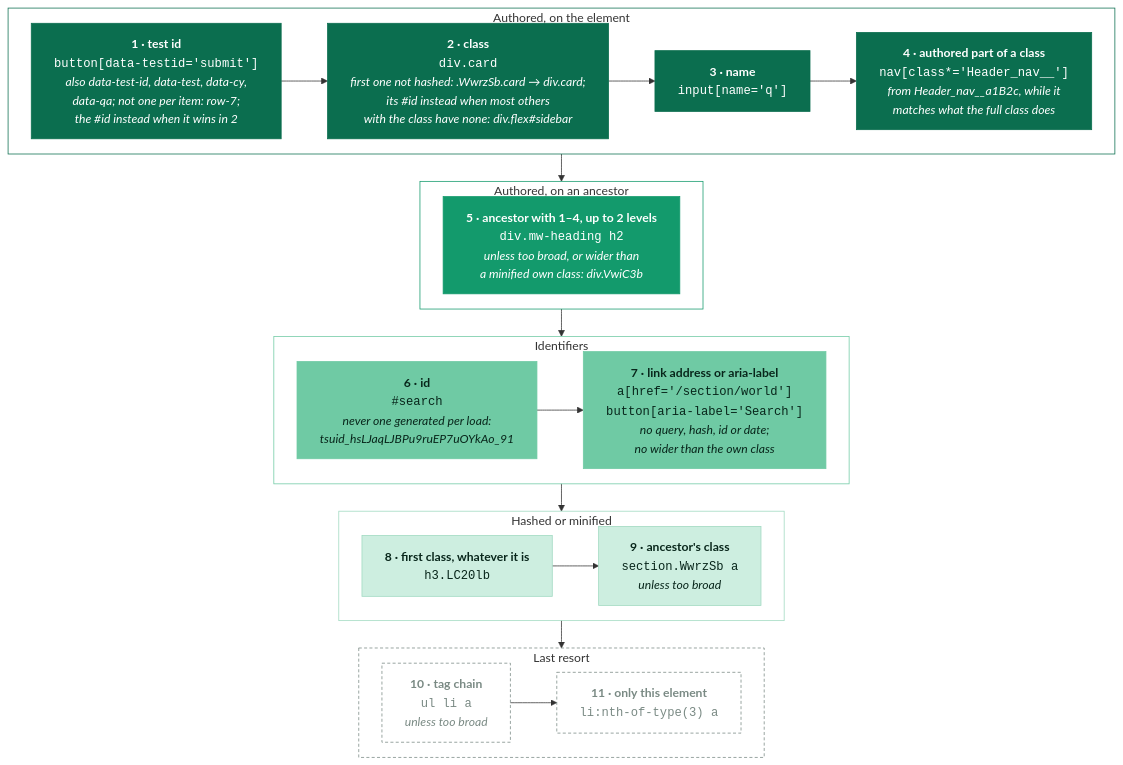
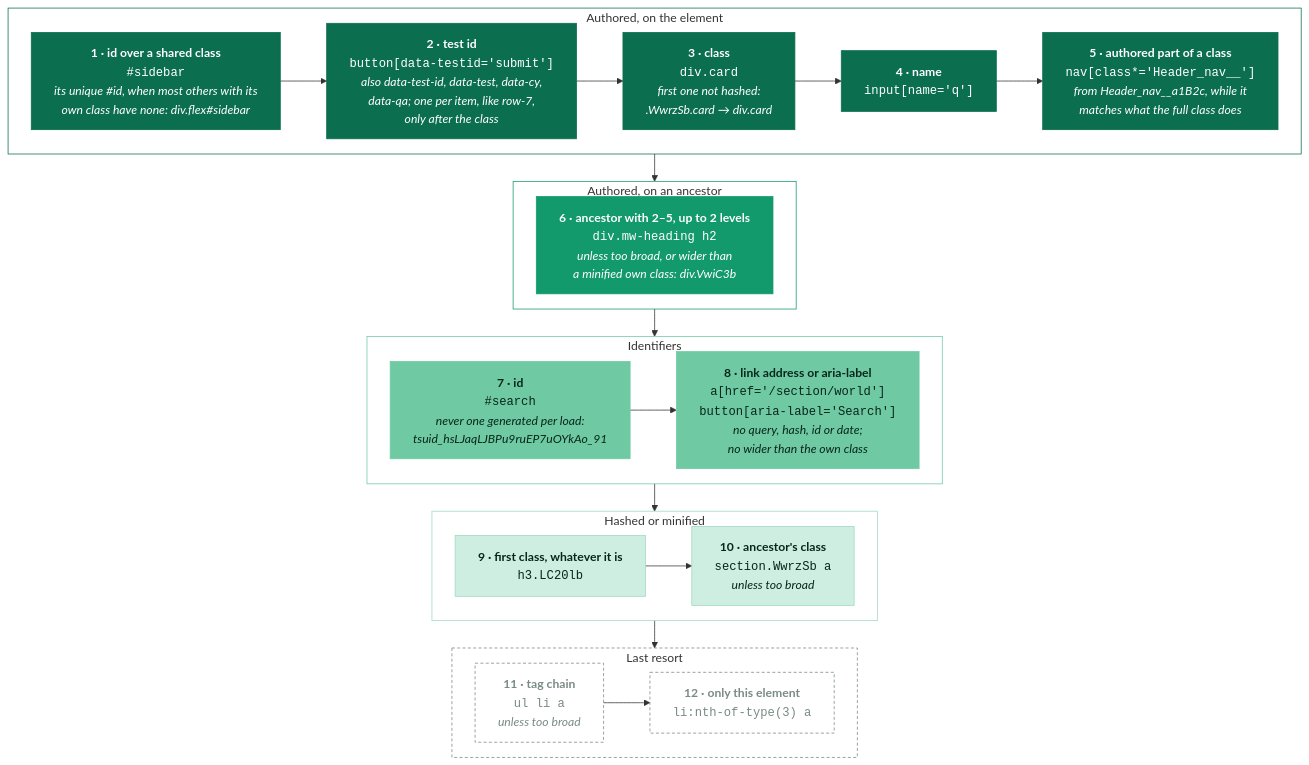
The diagram in docs/selectors.md (ankit/stylebot), drawn with Mermaid before and after one commit. The commit also changed other lines of this file, not shown here.

Commit message:
docs(selectors): place per-item test ids and list every offered selector (#1291)

````diff
--- a/docs/selectors.md
+++ b/docs/selectors.md
@@ -14,51 +14,52 @@
 ```mermaid
 %%{init: {"flowchart": {"curve": "basis", "nodeSpacing": 20, "rankSpacing": 36, "wrappingWidth": 320}, "themeCSS": "g.node code { font-family: ui-monospace, SFMono-Regular, Menlo, monospace; font-size: 12px; padding: 1px 6px; border-radius: 4px; white-space: nowrap; } g.t1 code, g.t2 code { background: rgba(255,255,255,0.16); } g.t3 code, g.t4 code { background: rgba(8,38,27,0.10); } g.t5 code { background: rgba(122,138,132,0.14); } g.node i { font-size: 11px; opacity: 0.85; }"}}%%
 flowchart TB
     subgraph authored["Authored, on the element"]
         direction LR
-        S1["<b>1 · test id</b><br/><code>button[data-testid='submit']</code><br/><i>also data-test-id, data-test, data-cy,<br/>data-qa; not one per item: row-7;<br/>the #id instead when it wins in 2</i>"]
-        S2["<b>2 · class</b><br/><code>div.card</code><br/><i>first one not hashed: .WwrzSb.card → div.card;<br/>its #id instead when most others<br/>with the class have none: div.flex#sidebar</i>"]
-        S3["<b>3 · name</b><br/><code>input[name='q']</code>"]
-        S4["<b>4 · authored part of a class</b><br/><code>nav[class*='Header_nav__']</code><br/><i>from Header_nav__a1B2c, while it<br/>matches what the full class does</i>"]
-        S1 --> S2 --> S3 --> S4
+        S0["<b>1 · id over a shared class</b><br/><code>#sidebar</code><br/><i>its unique #id, when most others with its<br/>own class have none: div.flex#sidebar</i>"]
+        S1["<b>2 · test id</b><br/><code>button[data-testid='submit']</code><br/><i>also data-test-id, data-test, data-cy,<br/>data-qa; one per item, like row-7,<br/>only after the class</i>"]
+        S2["<b>3 · class</b><br/><code>div.card</code><br/><i>first one not hashed:<br/>.WwrzSb.card → div.card</i>"]
+        S3["<b>4 · name</b><br/><code>input[name='q']</code>"]
+        S4["<b>5 · authored part of a class</b><br/><code>nav[class*='Header_nav__']</code><br/><i>from Header_nav__a1B2c, while it<br/>matches what the full class does</i>"]
+        S0 --> S1 --> S2 --> S3 --> S4
     end
     subgraph scoped["Authored, on an ancestor"]
         direction LR
-        S5["<b>5 · ancestor with 1–4, up to 2 levels</b><br/><code>div.mw-heading h2</code><br/><i>unless too broad, or wider than<br/>a minified own class: div.VwiC3b</i>"]
+        S5["<b>6 · ancestor with 2–5, up to 2 levels</b><br/><code>div.mw-heading h2</code><br/><i>unless too broad, or wider than<br/>a minified own class: div.VwiC3b</i>"]
     end
     subgraph ids["Identifiers"]
         direction LR
-        S6["<b>6 · id</b><br/><code>#search</code><br/><i>never one generated per load:<br/>tsuid_hsLJaqLJBPu9ruEP7uOYkAo_91</i>"]
-        S7["<b>7 · link address or aria-label</b><br/><code>a[href='/section/world']</code><br/><code>button[aria-label='Search']</code><br/><i>no query, hash, id or date;<br/>no wider than the own class</i>"]
+        S6["<b>7 · id</b><br/><code>#search</code><br/><i>never one generated per load:<br/>tsuid_hsLJaqLJBPu9ruEP7uOYkAo_91</i>"]
+        S7["<b>8 · link address or aria-label</b><br/><code>a[href='/section/world']</code><br/><code>button[aria-label='Search']</code><br/><i>no query, hash, id or date;<br/>no wider than the own class</i>"]
         S6 --> S7
     end
     subgraph hashed["Hashed or minified"]
         direction LR
-        S8["<b>8 · first class, whatever it is</b><br/><code>h3.LC20lb</code>"]
-        S9["<b>9 · ancestor's class</b><br/><code>section.WwrzSb a</code><br/><i>unless too broad</i>"]
+        S8["<b>9 · first class, whatever it is</b><br/><code>h3.LC20lb</code>"]
+        S9["<b>10 · ancestor's class</b><br/><code>section.WwrzSb a</code><br/><i>unless too broad</i>"]
         S8 --> S9
     end
     subgraph last["Last resort"]
         direction LR
-        S10["<b>10 · tag chain</b><br/><code>ul li a</code><br/><i>unless too broad</i>"]
-        S11["<b>11 · only this element</b><br/><code>li:nth-of-type(3) a</code>"]
+        S10["<b>11 · tag chain</b><br/><code>ul li a</code><br/><i>unless too broad</i>"]
+        S11["<b>12 · only this element</b><br/><code>li:nth-of-type(3) a</code>"]
         S10 --> S11
     end
     authored --> scoped --> ids --> hashed --> last
 
     classDef t1 fill:#0b6e4f,stroke:#0b6e4f,color:#ffffff
     classDef t2 fill:#139a6c,stroke:#139a6c,color:#ffffff
     classDef t3 fill:#6fcaa4,stroke:#6fcaa4,color:#08261b
     classDef t4 fill:#cdeee0,stroke:#9fd9c0,color:#08261b
     classDef t5 fill:transparent,stroke:#7a8a84,stroke-dasharray:4 3,color:#7a8a84
-    class S1,S2,S3,S4 t1
+    class S0,S1,S2,S3,S4 t1
     class S5 t2
     class S6,S7 t3
     class S8,S9 t4
     class S10,S11 t5
     style authored fill:transparent,stroke:#0b6e4f,stroke-width:1px
     style scoped fill:transparent,stroke:#139a6c,stroke-width:1px
     style ids fill:transparent,stroke:#6fcaa4,stroke-width:1px
     style hashed fill:transparent,stroke:#9fd9c0,stroke-width:1px
     style last fill:transparent,stroke:#7a8a84,stroke-width:1px,stroke-dasharray:4 3
 ```
````
